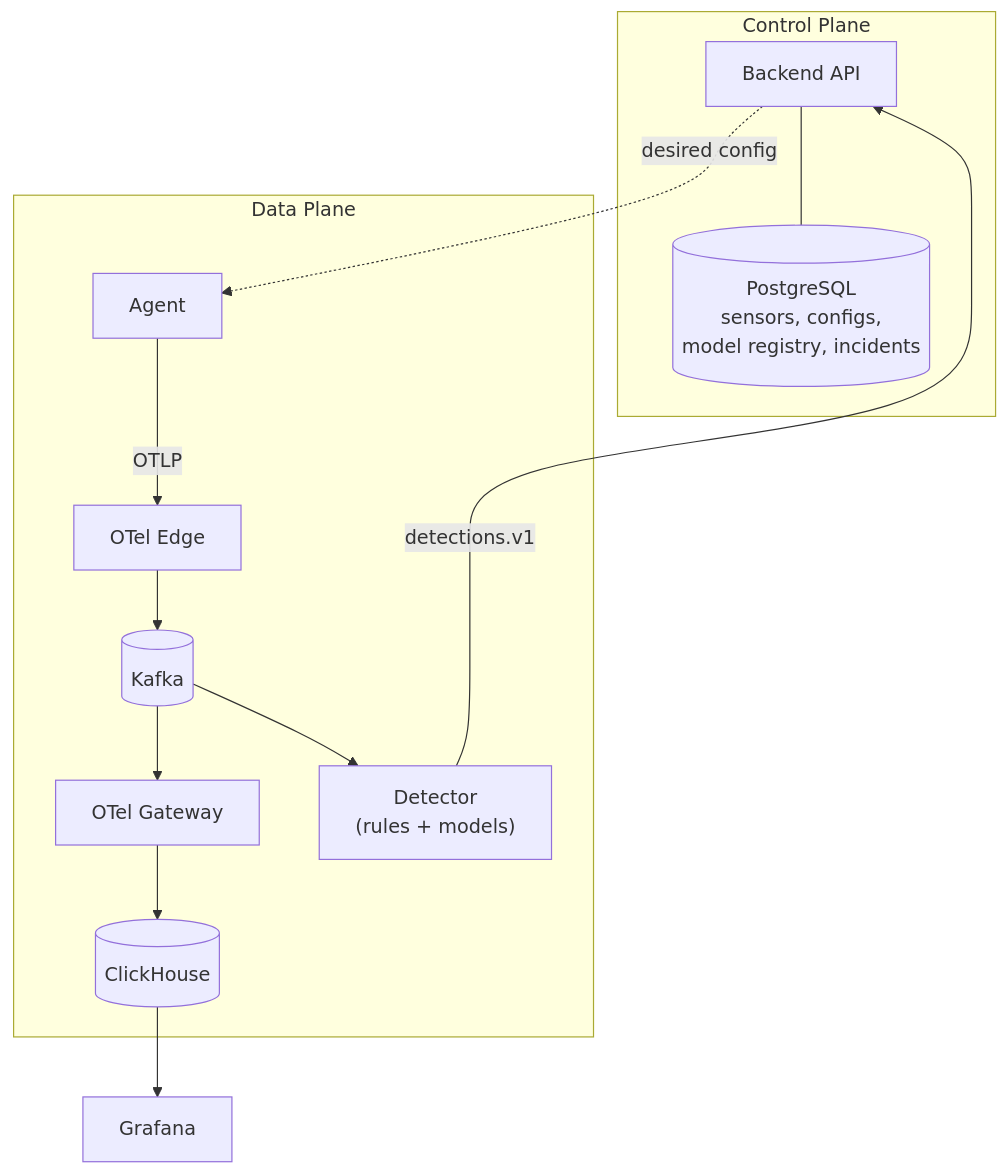
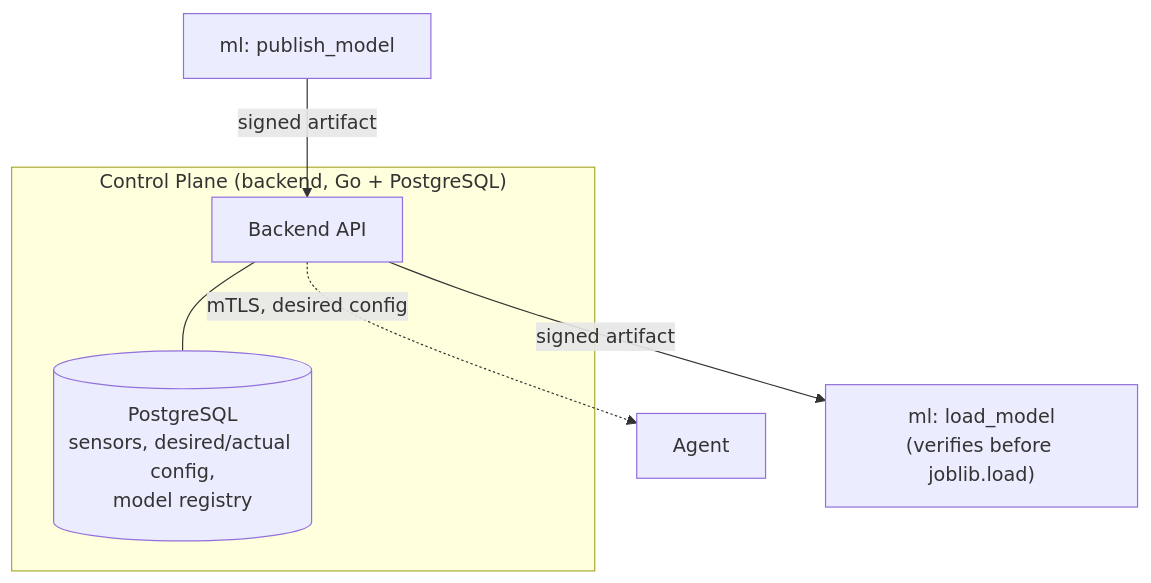
The second of 2 diagrams in architecture/system.md (NetStream-Core/docs), drawn with Mermaid before and after one commit. The commit also changed other lines of this file and 1 other file, not shown here.

Commit message:
docs(architecture): move control plane and detector from planned to current, update ml doc paths (#13)

````diff
--- a/architecture/system.md
+++ b/architecture/system.md
@@ -37,18 +35,11 @@
 ```mermaid
 flowchart TB
-    subgraph CP["Control Plane"]
+    subgraph CP["Control Plane (backend, Go + PostgreSQL)"]
         Backend["Backend API"]
-        PG[("PostgreSQL\nsensors, configs,\nmodel registry, incidents")]
+        PG[("PostgreSQL\nsensors, desired/actual config,\nmodel registry")]
         Backend --- PG
     end
-    subgraph DP["Data Plane"]
-        Agent["Agent"] -->|OTLP| Edge["OTel Edge"]
-        Edge --> Kafka[("Kafka")]
-        Kafka --> Gateway["OTel Gateway"]
-        Gateway --> CH[("ClickHouse")]
-        Kafka --> Detector["Detector\n(rules + models)"]
-    end
-    CH --> Grafana["Grafana"]
-    Detector -->|detections.v1| Backend
-    Backend -.desired config.-> Agent
+    Backend -.mTLS, desired config.-> Agent["Agent"]
+    ML["ml: publish_model"] -->|signed artifact| Backend
+    Backend -->|signed artifact| ML2["ml: load_model\n(verifies before joblib.load)"]
 ```
````
